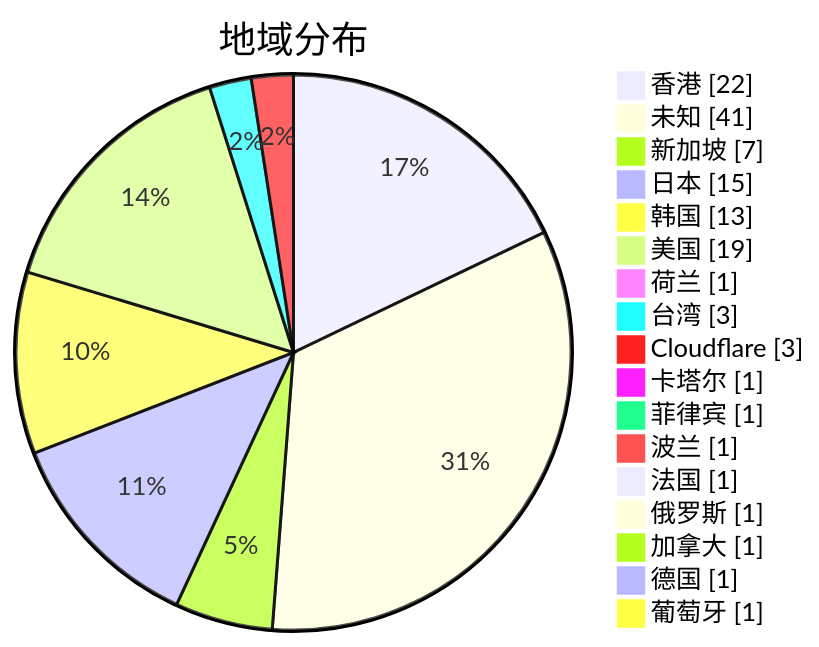
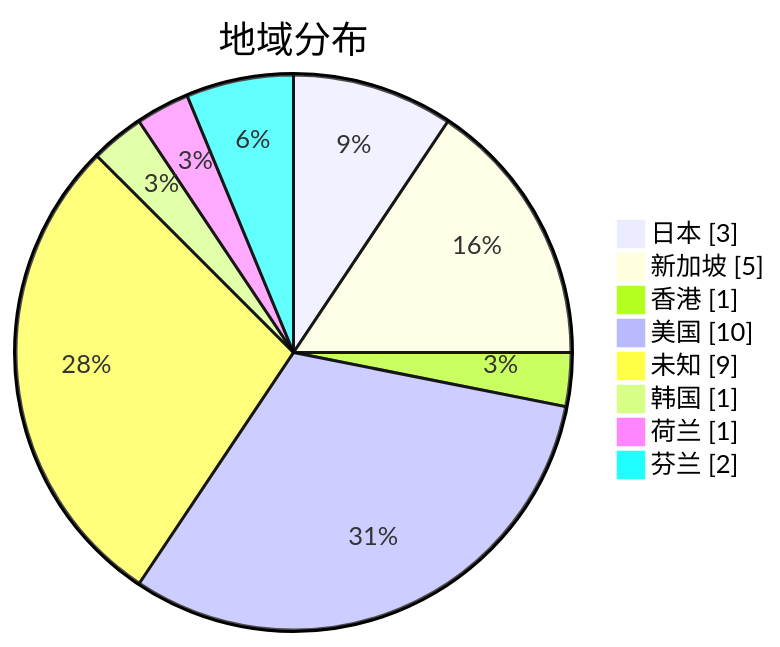
One commit to qjlxg/airport changed the second of 3 diagrams in subs/statistics/tested_within.md. Above: the diagram before and after it, drawn with Mermaid. The commit also changed other lines of this file and 2 other files, not shown here.

Commit message:
Tested by metaST

````diff
--- a/subs/statistics/tested_within.md
+++ b/subs/statistics/tested_within.md
@@ -11,21 +10,12 @@
 ```mermaid
 pie showData
 title 地域分布
-"香港" : 22
-"未知" : 41
-"新加坡" : 7
-"日本" : 15
-"韩国" : 13
-"美国" : 19
+"日本" : 3
+"新加坡" : 5
+"香港" : 1
+"美国" : 10
+"未知" : 9
+"韩国" : 1
 "荷兰" : 1
-"台湾" : 3
-"Cloudflare" : 3
-"卡塔尔" : 1
-"菲律宾" : 1
-"波兰" : 1
-"法国" : 1
-"俄罗斯" : 1
-"加拿大" : 1
-"德国" : 1
-"葡萄牙" : 1
+"芬兰" : 2
 ```
````
